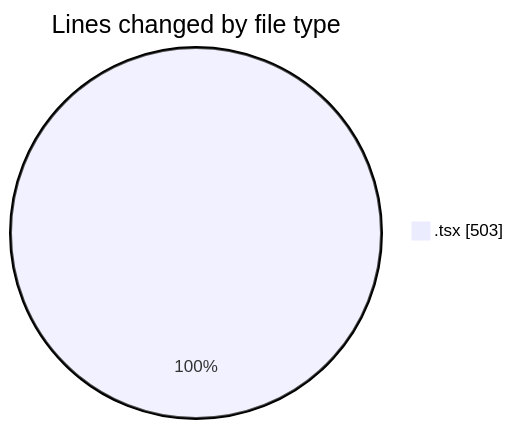
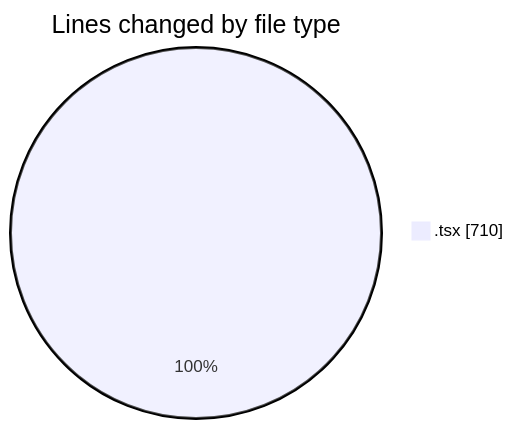
One commit to momahboobian/code-tracking changed the first of 2 diagrams in 2026-10-19/cda/README.md. Above: the diagram before and after it, drawn with Mermaid. The commit also changed other lines of this file and 1 other file, not shown here.

````diff
--- a/2026-10-19/cda/README.md
+++ b/2026-10-19/cda/README.md
@@ -20,5 +20,5 @@
 ```mermaid
 pie showData
 title Lines changed by file type
-".tsx" : 503
+".tsx" : 710
 ```
````
